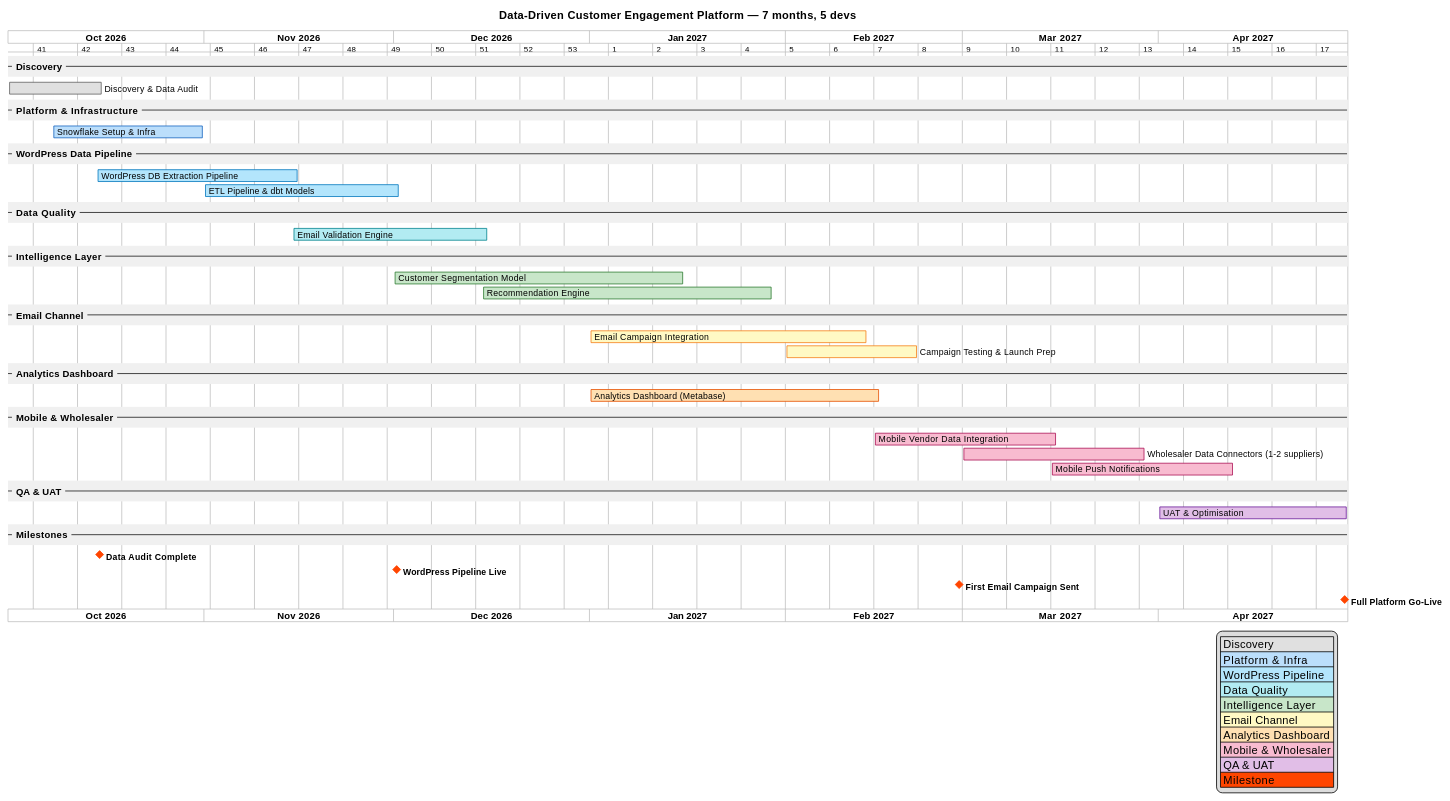
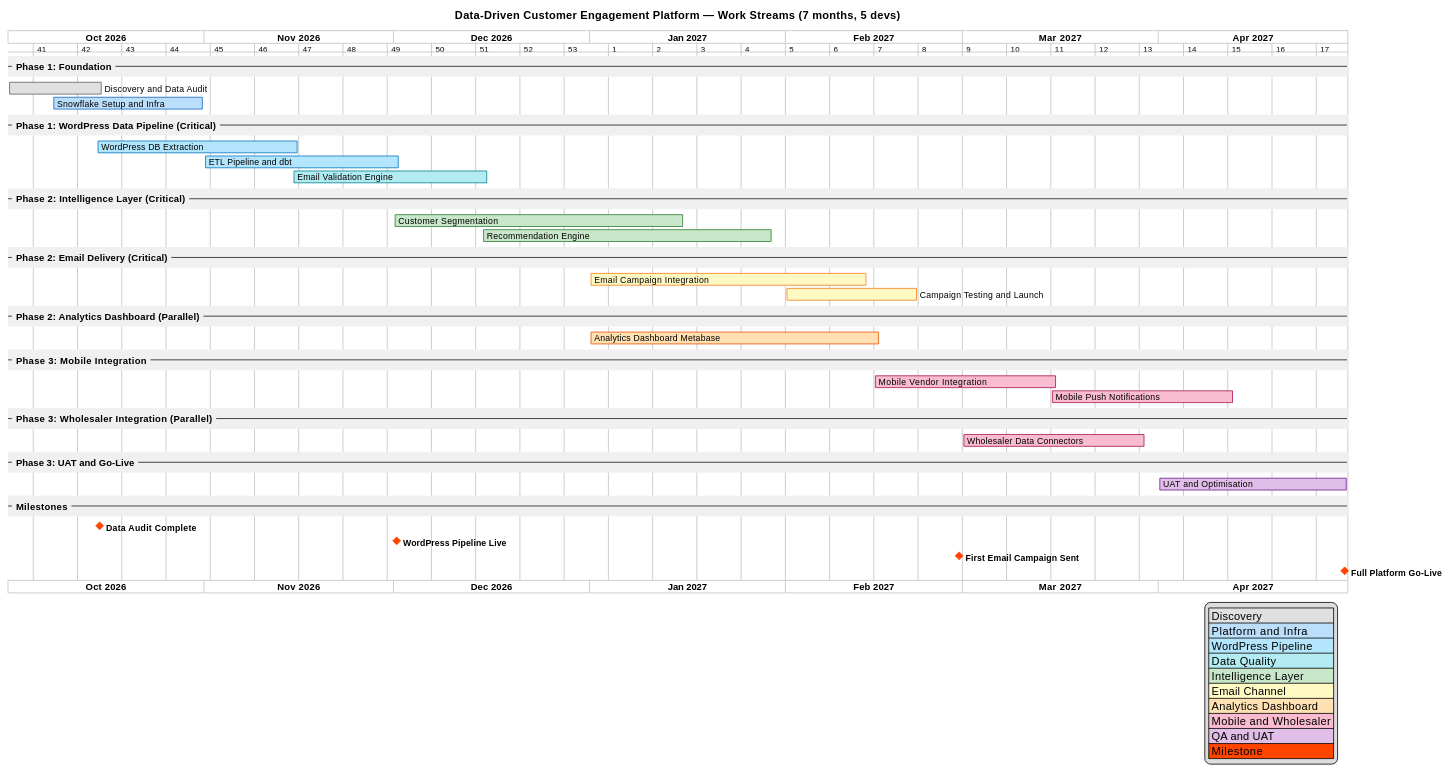
The third of 3 diagrams in 02/docs/solution-design.adoc (mosurekImagination/solution-architecture-case-studies), drawn with PlantUML before and after one commit. The commit also changed other lines of this file and 11 other files, not shown here.

```diff
--- a/02/docs/solution-design.adoc
+++ b/02/docs/solution-design.adoc
@@ -793,7 +1004,7 @@
-[plantuml,case02-timeline,format=svg]
+[plantuml,case02-timeline-streams,format=svg]
 ....
 @startgantt
-title Data-Driven Customer Engagement Platform — 7 months, 5 devs
+title Data-Driven Customer Engagement Platform — Work Streams (7 months, 5 devs)
 printscale weekly zoom 2
 project starts 2026-10-01
 
@@ -816,51 +1027,49 @@
 }
 </style>
 
--- Discovery --
-[Discovery & Data Audit] starts 2026-10-01 and ends 2026-10-15
-[Discovery & Data Audit] is colored in #E0E0E0/#616161
+-- Phase 1: Foundation --
+[Discovery and Data Audit] starts 2026-10-01 and ends 2026-10-15
+[Discovery and Data Audit] is colored in #E0E0E0/#616161
+[Snowflake Setup and Infra] starts 2026-10-08 and ends 2026-10-31
+[Snowflake Setup and Infra] is colored in #BBDEFB/#1565C0
 
--- Platform & Infrastructure --
-[Snowflake Setup & Infra] starts 2026-10-08 and ends 2026-10-31
-[Snowflake Setup & Infra] is colored in #BBDEFB/#1565C0
-
--- WordPress Data Pipeline --
-[WordPress DB Extraction Pipeline] starts 2026-10-15 and ends 2026-11-15
-[WordPress DB Extraction Pipeline] is colored in #B3E5FC/#0277BD
-[ETL Pipeline & dbt Models] starts 2026-11-01 and ends 2026-12-01
-[ETL Pipeline & dbt Models] is colored in #B3E5FC/#0277BD
-
--- Data Quality --
+-- Phase 1: WordPress Data Pipeline (Critical) --
+[WordPress DB Extraction] starts 2026-10-15 and ends 2026-11-15
+[WordPress DB Extraction] is colored in #B3E5FC/#0277BD
+[ETL Pipeline and dbt] starts 2026-11-01 and ends 2026-12-01
+[ETL Pipeline and dbt] is colored in #B3E5FC/#0277BD
 [Email Validation Engine] starts 2026-11-15 and ends 2026-12-15
 [Email Validation Engine] is colored in #B2EBF2/#00838F
 
--- Intelligence Layer --
-[Customer Segmentation Model] starts 2026-12-01 and ends 2027-01-15
-[Customer Segmentation Model] is colored in #C8E6C9/#2E7D32
+-- Phase 2: Intelligence Layer (Critical) --
+[Customer Segmentation] starts 2026-12-01 and ends 2027-01-15
+[Customer Segmentation] is colored in #C8E6C9/#2E7D32
 [Recommendation Engine] starts 2026-12-15 and ends 2027-01-29
 [Recommendation Engine] is colored in #C8E6C9/#2E7D32
 
--- Email Channel --
+-- Phase 2: Email Delivery (Critical) --
 [Email Campaign Integration] starts 2027-01-01 and ends 2027-02-13
 [Email Campaign Integration] is colored in #FFF9C4/#F57F17
-[Campaign Testing & Launch Prep] starts 2027-02-01 and ends 2027-02-21
-[Campaign Testing & Launch Prep] is colored in #FFF9C4/#F57F17
+[Campaign Testing and Launch] starts 2027-02-01 and ends 2027-02-21
+[Campaign Testing and Launch] is colored in #FFF9C4/#F57F17
 
--- Analytics Dashboard --
-[Analytics Dashboard (Metabase)] starts 2027-01-01 and ends 2027-02-15
-[Analytics Dashboard (Metabase)] is colored in #FFE0B2/#E65100
+-- Phase 2: Analytics Dashboard (Parallel) --
+[Analytics Dashboard Metabase] starts 2027-01-01 and ends 2027-02-15
+[Analytics Dashboard Metabase] is colored in #FFE0B2/#E65100
 
--- Mobile & Wholesaler --
-[Mobile Vendor Data Integration] starts 2027-02-15 and ends 2027-03-15
-[Mobile Vendor Data Integration] is colored in #F8BBD0/#AD1457
-[Wholesaler Data Connectors (1-2 suppliers)] starts 2027-03-01 and ends 2027-03-29
-[Wholesaler Data Connectors (1-2 suppliers)] is colored in #F8BBD0/#AD1457
+-- Phase 3: Mobile Integration --
+[Mobile Vendor Integration] starts 2027-02-15 and ends 2027-03-15
+[Mobile Vendor Integration] is colored in #F8BBD0/#AD1457
 [Mobile Push Notifications] starts 2027-03-15 and ends 2027-04-12
 [Mobile Push Notifications] is colored in #F8BBD0/#AD1457
 
--- QA & UAT --
-[UAT & Optimisation] starts 2027-04-01 and ends 2027-04-30
-[UAT & Optimisation] is colored in #E1BEE7/#6A1B9A
+-- Phase 3: Wholesaler Integration (Parallel) --
+[Wholesaler Data Connectors] starts 2027-03-01 and ends 2027-03-29
+[Wholesaler Data Connectors] is colored in #F8BBD0/#AD1457
+
+-- Phase 3: UAT and Go-Live --
+[UAT and Optimisation] starts 2027-04-01 and ends 2027-04-30
+[UAT and Optimisation] is colored in #E1BEE7/#6A1B9A
 
 -- Milestones --
 [Data Audit Complete] happens 2026-10-15
@@ -870,14 +1079,14 @@
 
 legend right
   |<#E0E0E0> Discovery |
-  |<#BBDEFB> Platform & Infra |
+  |<#BBDEFB> Platform and Infra |
   |<#B3E5FC> WordPress Pipeline |
   |<#B2EBF2> Data Quality |
   |<#C8E6C9> Intelligence Layer |
   |<#FFF9C4> Email Channel |
   |<#FFE0B2> Analytics Dashboard |
-  |<#F8BBD0> Mobile & Wholesaler |
-  |<#E1BEE7> QA & UAT |
+  |<#F8BBD0> Mobile and Wholesaler |
+  |<#E1BEE7> QA and UAT |
   |<#OrangeRed> Milestone |
 end legend
 @endgantt
```
